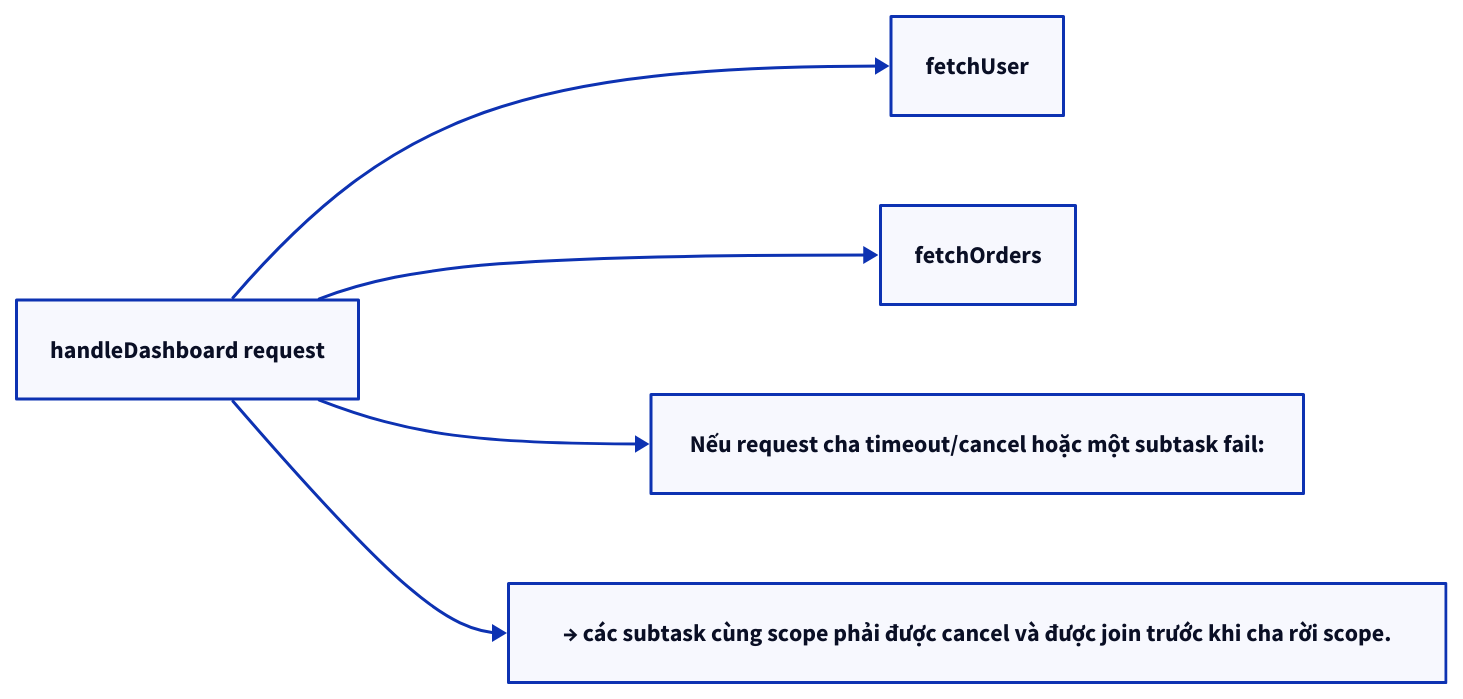
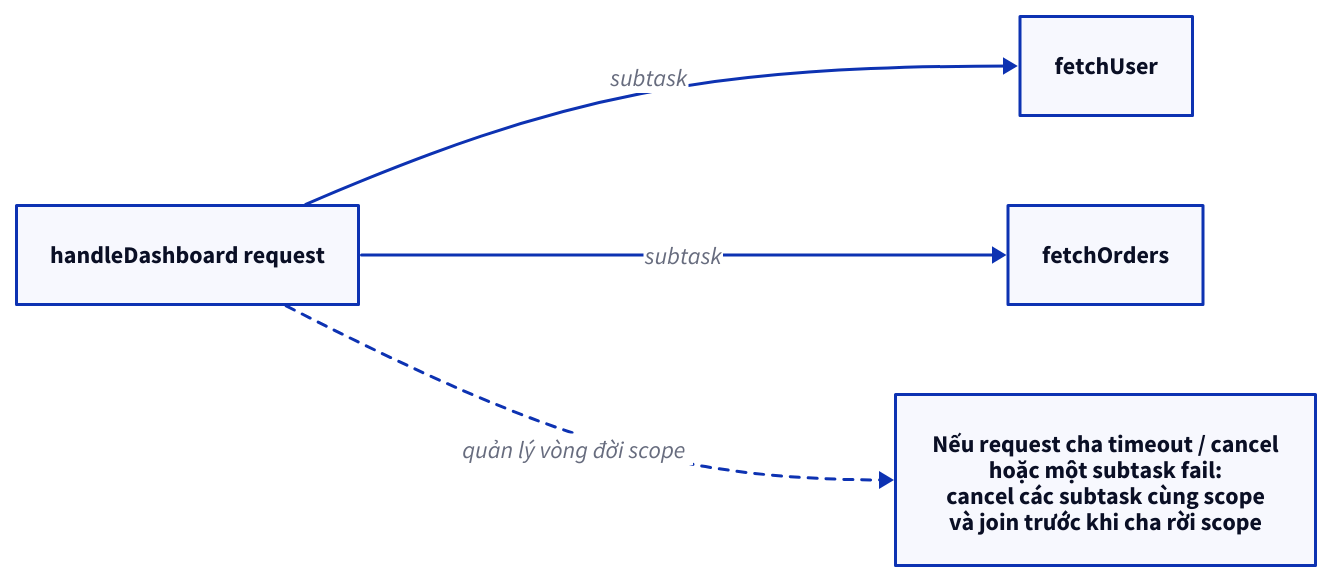
Before and after one commit to vanhiep99w/java-learn: the third of 3 diagrams in content/docs/modern-java/virtual-threads.md, drawn with D2. The commit also changed other lines of this file and 62 other files, not shown here.

Commit message:
feat(docs): upgrade docs-kit and optimize diagram layouts

````diff
--- a/content/docs/modern-java/virtual-threads.md
+++ b/content/docs/modern-java/virtual-threads.md
@@ -495,12 +498,10 @@
 ```d2 title="Structured Concurrency: dùng khi một request tách thành nhiều subtask"
 direction: right
-t0: "handleDashboard request"
-t1: "fetchUser"
-t0 -> t1
-t2: "fetchOrders"
-t0 -> t2
-t3: "Nếu request cha timeout/cancel hoặc một subtask fail:"
-t0 -> t3
-t4: "→ các subtask cùng scope phải được cancel và được join trước khi cha rời scope."
-t0 -> t4
+request: "handleDashboard request"
+user: fetchUser
+orders: fetchOrders
+cancel: "Nếu request cha timeout / cancel\nhoặc một subtask fail:\ncancel các subtask cùng scope\nvà join trước khi cha rời scope"
+request -> user: subtask
+request -> orders: subtask
+request -> cancel: "quản lý vòng đời scope" { style.stroke-dash: 3 }
 ```
````
